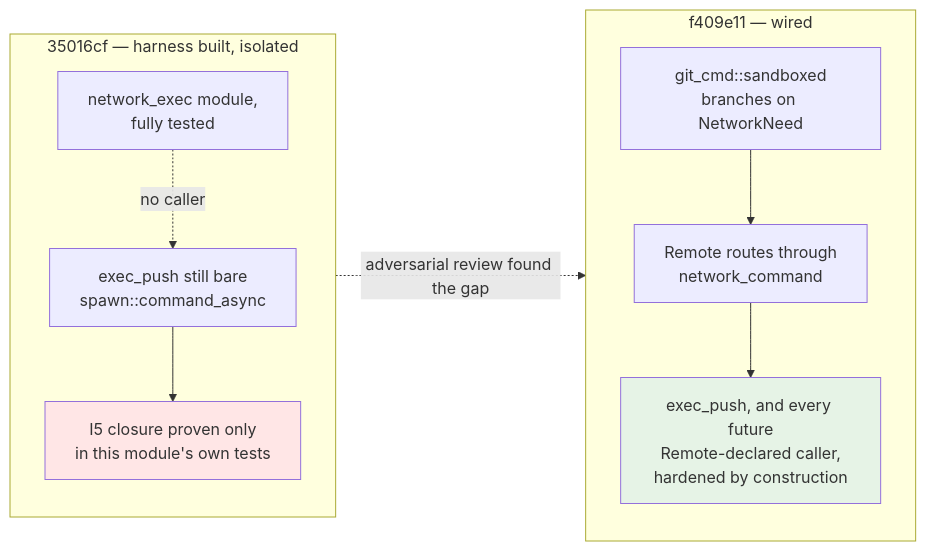
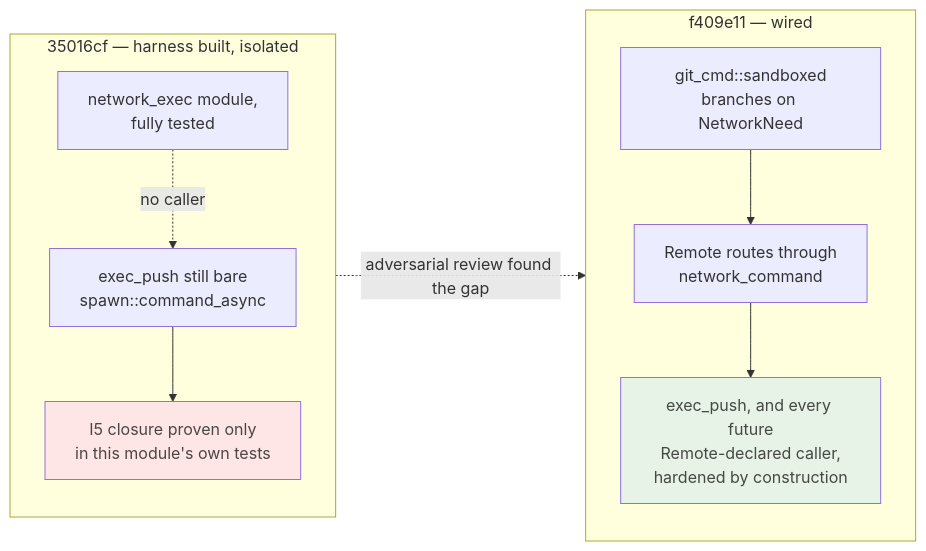
Before and after one commit to tom2025b/git-vista: the third of 4 diagrams in docs/adr/0036-network-tier-exec-harness-askpass-and-redaction.md, drawn with Mermaid. The commit also changed 21 other files, not shown here.

````diff
--- a/docs/adr/0036-network-tier-exec-harness-askpass-and-redaction.md
+++ b/docs/adr/0036-network-tier-exec-harness-askpass-and-redaction.md
@@ -129,14 +129,14 @@
 ```mermaid
 flowchart LR
     subgraph before["35016cf — harness built, isolated"]
         B1["network_exec module,<br/>fully tested"] -.->|"no caller"| B2["exec_push still bare<br/>spawn::command_async"]
         B2 --> B3["I5 closure proven only<br/>in this module's own tests"]
     end
     subgraph after["f409e11 — wired"]
         A1["git_cmd::sandboxed<br/>branches on NetworkNeed"] --> A2["Remote routes through<br/>network_command"]
         A2 --> A3["exec_push, and every future<br/>Remote-declared caller,<br/>hardened by construction"]
     end
     before -.->|"adversarial review found the gap"| after
-    style B3 fill:#ffe6e6
-    style A3 fill:#e6f3e6
+    style B3 fill:#ffe6e6,color:#4c4545
+    style A3 fill:#e6f3e6,color:#454845
 ```
````
